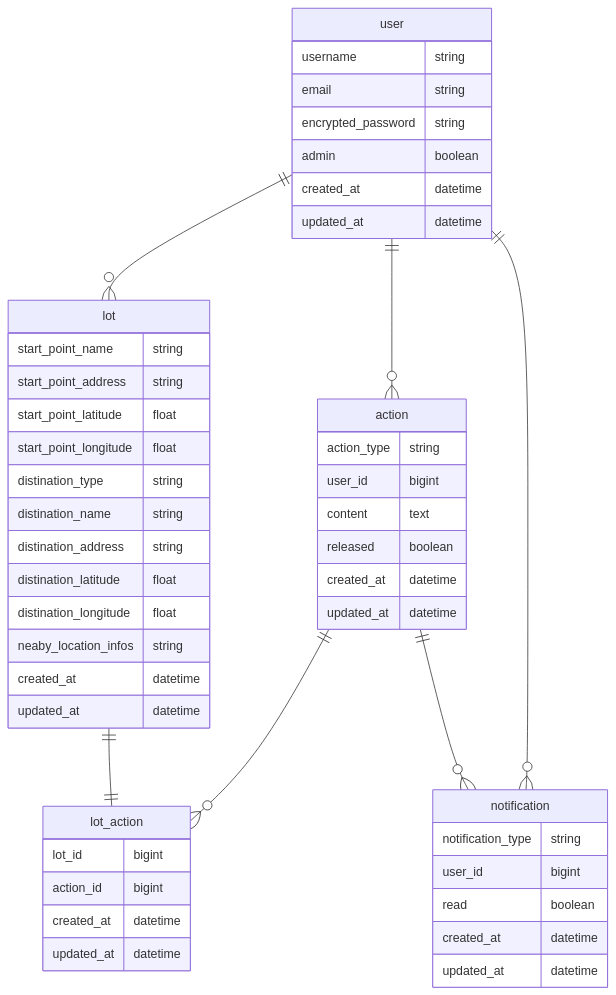
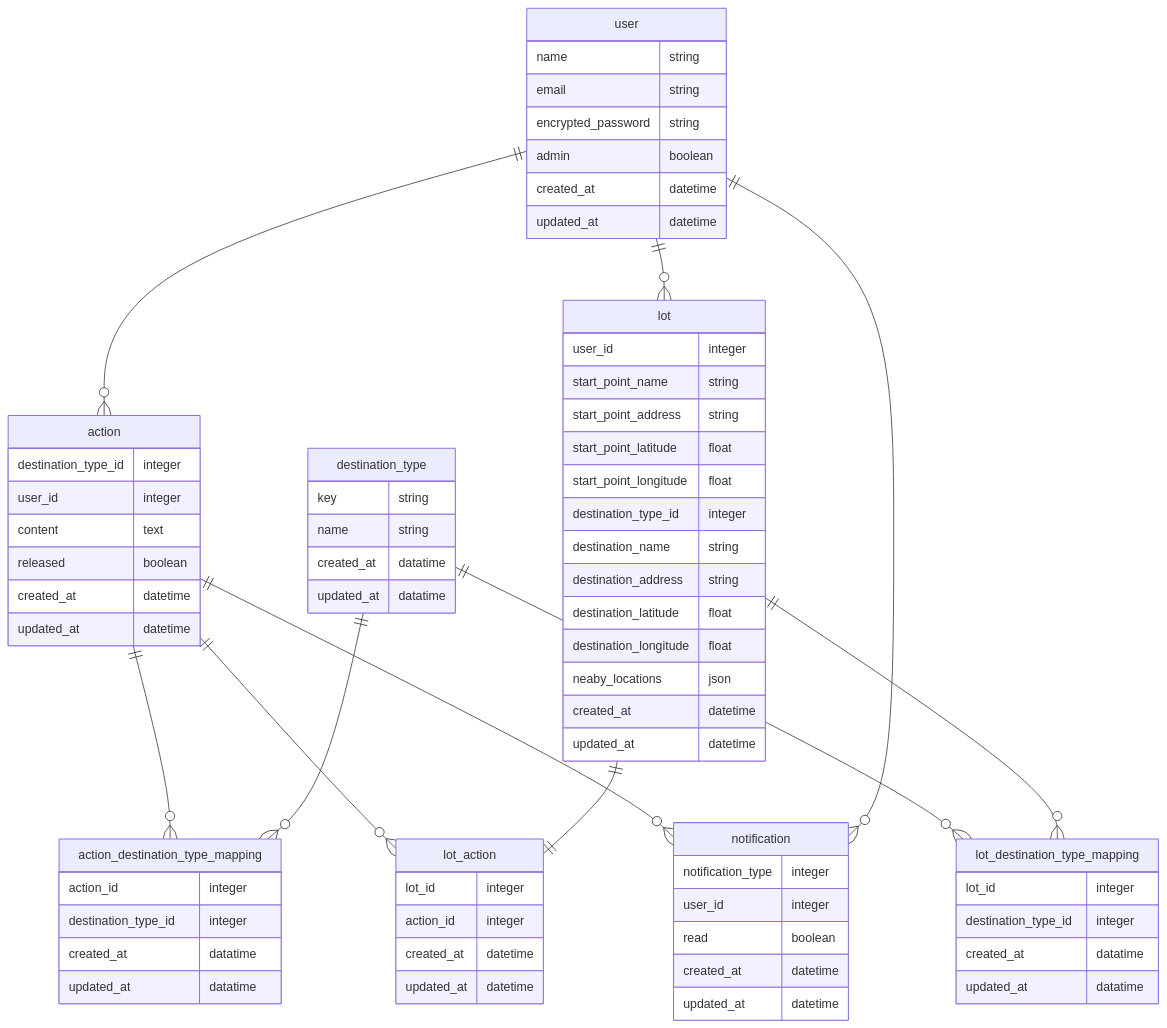
One commit to satoshitodaka/my_portfolio changed the diagram in 散歩くじ/summary.md. Above: the diagram before and after it, drawn with Mermaid. The commit also changed other lines of this file, not shown here.

````diff
--- a/散歩くじ/summary.md
+++ b/散歩くじ/summary.md
@@ -78,15 +84,19 @@
 ```mermaid
 erDiagram
 
-user ||--o{ lot: ""
-user ||--o{ action: ""
-user ||--o{ notification: ""
-lot ||--|| lot_action: ""
+action ||--o{ action_destination_type_mapping: ""
 action ||--o{ lot_action: ""
 action ||--o{ notification: ""
+destination_type ||--o{ action_destination_type_mapping: ""
+destination_type ||--o{ lot_destination_type_mapping: ""
+lot ||--|| lot_action: ""
+lot ||--o{ lot_destination_type_mapping: ""
+user ||--o{ action: ""
+user ||--o{ lot: ""
+user ||--o{ notification: ""
 
 user {
-    username string
+    name string
     email string
     encrypted_password string
     admin boolean
@@ -95,23 +105,24 @@
 }
 
 lot {
+    user_id integer
     start_point_name string
     start_point_address string
     start_point_latitude float
     start_point_longitude float
-    distination_type string
-    distination_name string
-    distination_address string
-    distination_latitude float
-    distination_longitude float
-    neaby_location_infos string
+    destination_type_id integer
+    destination_name string
+    destination_address string
+    destination_latitude float
+    destination_longitude float
+    neaby_locations json
     created_at datetime
     updated_at datetime
 }
 
 action {
-  action_type string
-  user_id bigint
+  destination_type_id integer
+  user_id integer
   content text
   released boolean
   created_at datetime
@@ -119,15 +130,36 @@
 }
 
 lot_action {
-  lot_id bigint
-  action_id bigint
+  lot_id integer
+  action_id integer
   created_at datetime
   updated_at datetime
 }
 
+destination_type {
+  key string
+  name string
+  created_at datatime
+  updated_at datatime
+}
+
+lot_destination_type_mapping {
+  lot_id integer
+  destination_type_id integer
+  created_at datatime
+  updated_at datatime
+}
+
+action_destination_type_mapping {
+  action_id integer
+  destination_type_id integer
+  created_at datatime
+  updated_at datatime
+}
+
 notification {
-  notification_type string
-  user_id bigint
+  notification_type integer
+  user_id integer
   read boolean
   created_at datetime
   updated_at datetime
````
